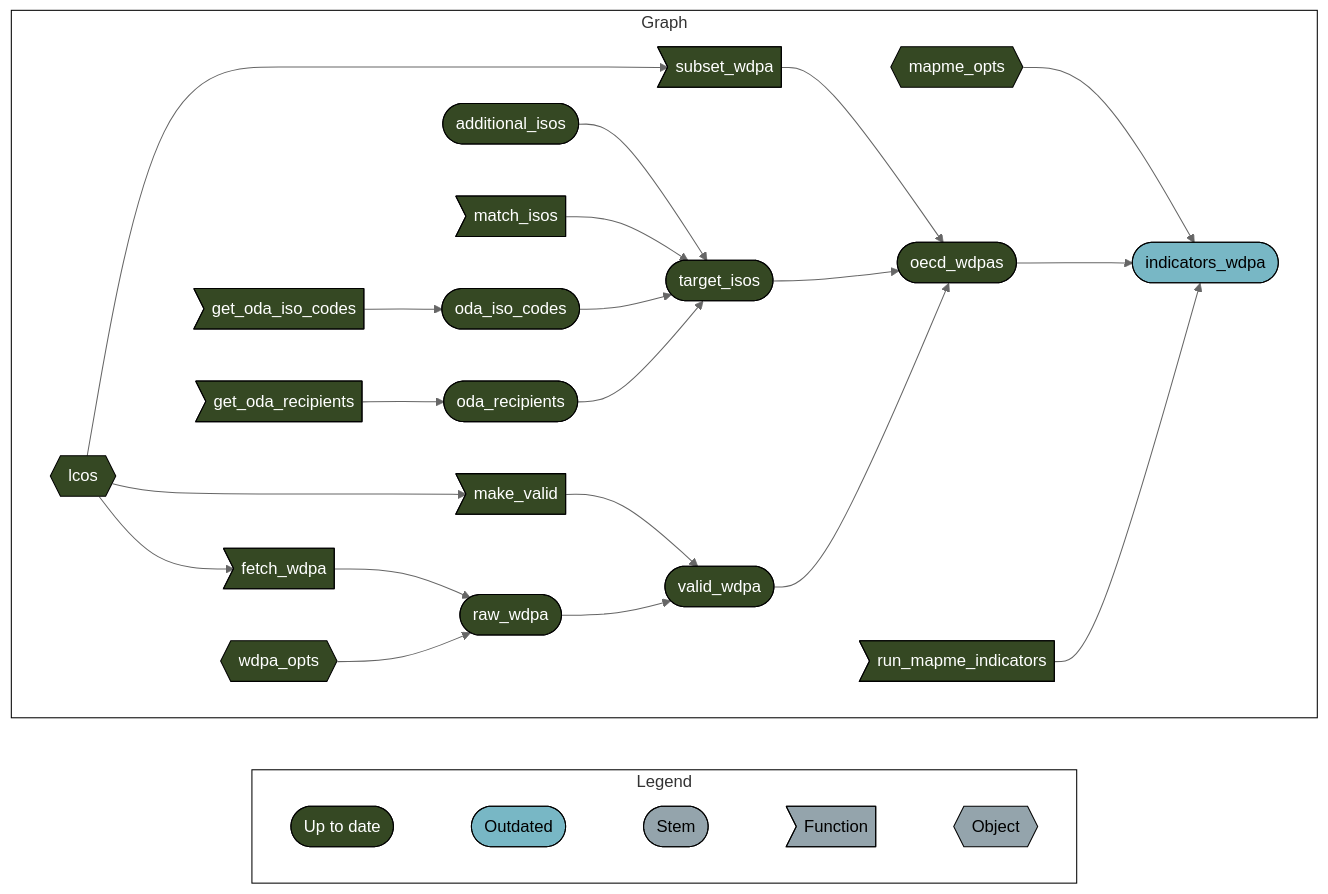
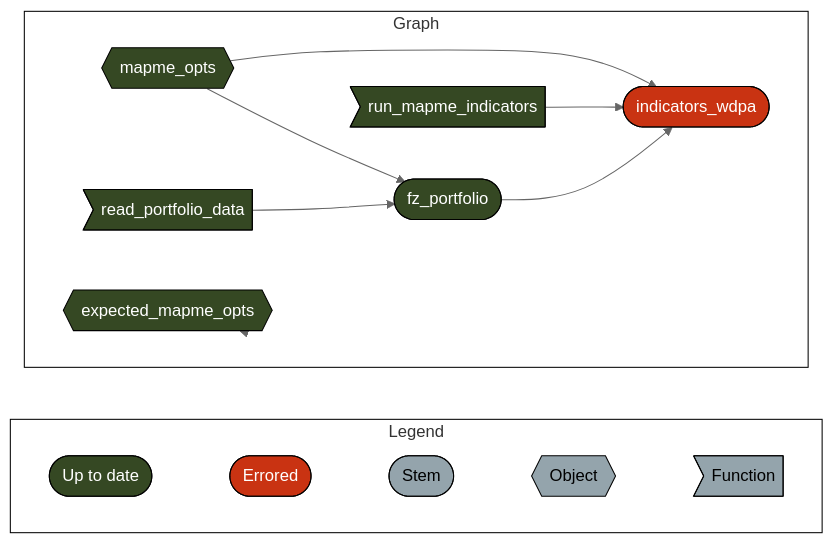
One commit to mapme-initiative/oda-portfolio changed the diagram in README.md. Above: the diagram before and after it, drawn with Mermaid (neutral theme). The commit also changed other lines of this file and 10 other files, not shown here.

````diff
--- a/README.md
+++ b/README.md
@@ -17,41 +19,29 @@
 ``` mermaid
 graph LR
   style Legend fill:#FFFFFF00,stroke:#000000;
   style Graph fill:#FFFFFF00,stroke:#000000;
   subgraph Legend
     direction LR
-    x7420bd9270f8d27d([""Up to date""]):::uptodate --- x0a52b03877696646([""Outdated""]):::outdated
-    x0a52b03877696646([""Outdated""]):::outdated --- xbf4603d6c2c2ad6b([""Stem""]):::none
-    xbf4603d6c2c2ad6b([""Stem""]):::none --- xf0bce276fe2b9d3e>""Function""]:::none
-    xf0bce276fe2b9d3e>""Function""]:::none --- x5bffbffeae195fc9{{""Object""}}:::none
+    xf1522833a4d242c5([""Up to date""]):::uptodate --- xb3df25f36846e314([""Errored""]):::errored
+    xb3df25f36846e314([""Errored""]):::errored --- xd03d7c7dd2ddda2b([""Stem""]):::none
+    xd03d7c7dd2ddda2b([""Stem""]):::none --- xbecb13963f49e50b{{""Object""}}:::none
+    xbecb13963f49e50b{{""Object""}}:::none --- xeb2d7cac8a1ce544>""Function""]:::none
   end
   subgraph Graph
     direction LR
-    xcc7ed83343bdf8a1{{"lcos"}}:::uptodate --> x8856b6f5990a3ba8>"fetch_wdpa"]:::uptodate
-    xcc7ed83343bdf8a1{{"lcos"}}:::uptodate --> x9d822cf0f859ce50>"make_valid"]:::uptodate
-    xcc7ed83343bdf8a1{{"lcos"}}:::uptodate --> xbd265a4b9d1db63c>"subset_wdpa"]:::uptodate
-    xb318f1ed264477a9{{"mapme_opts"}}:::uptodate --> xe11f8af622ddaa16(["indicators_wdpa"]):::outdated
-    xfb4ac4c02bebf8e6(["oecd_wdpas"]):::uptodate --> xe11f8af622ddaa16(["indicators_wdpa"]):::outdated
-    x895e315e834819a0>"run_mapme_indicators"]:::uptodate --> xe11f8af622ddaa16(["indicators_wdpa"]):::outdated
-    xbd265a4b9d1db63c>"subset_wdpa"]:::uptodate --> xfb4ac4c02bebf8e6(["oecd_wdpas"]):::uptodate
-    x22809eca128f81ae(["target_isos"]):::uptodate --> xfb4ac4c02bebf8e6(["oecd_wdpas"]):::uptodate
-    xec33757279ddc42f(["valid_wdpa"]):::uptodate --> xfb4ac4c02bebf8e6(["oecd_wdpas"]):::uptodate
-    x9d822cf0f859ce50>"make_valid"]:::uptodate --> xec33757279ddc42f(["valid_wdpa"]):::uptodate
-    x6b39f6574778e7d1(["raw_wdpa"]):::uptodate --> xec33757279ddc42f(["valid_wdpa"]):::uptodate
-    x319e910a6aad0021>"get_oda_recipients"]:::uptodate --> x3fdd82fbb50aeb4a(["oda_recipients"]):::uptodate
-    x62b530d25a77493e(["additional_isos"]):::uptodate --> x22809eca128f81ae(["target_isos"]):::uptodate
-    xa4155ee3dee9a125>"match_isos"]:::uptodate --> x22809eca128f81ae(["target_isos"]):::uptodate
-    x219e90e900a739ff(["oda_iso_codes"]):::uptodate --> x22809eca128f81ae(["target_isos"]):::uptodate
-    x3fdd82fbb50aeb4a(["oda_recipients"]):::uptodate --> x22809eca128f81ae(["target_isos"]):::uptodate
-    x8856b6f5990a3ba8>"fetch_wdpa"]:::uptodate --> x6b39f6574778e7d1(["raw_wdpa"]):::uptodate
-    xe996beafd3492a40{{"wdpa_opts"}}:::uptodate --> x6b39f6574778e7d1(["raw_wdpa"]):::uptodate
-    x3e3995729419150e>"get_oda_iso_codes"]:::uptodate --> x219e90e900a739ff(["oda_iso_codes"]):::uptodate
+    xdab47f56eb6391e1(["fz_portfolio"]):::uptodate --> x9618f2e9856d1918(["indicators_wdpa"]):::errored
+    x04d189518bd5d6b0{{"mapme_opts"}}:::uptodate --> x9618f2e9856d1918(["indicators_wdpa"]):::errored
+    x976d8a71b32c2f2b>"run_mapme_indicators"]:::uptodate --> x9618f2e9856d1918(["indicators_wdpa"]):::errored
+    x04d189518bd5d6b0{{"mapme_opts"}}:::uptodate --> xdab47f56eb6391e1(["fz_portfolio"]):::uptodate
+    xa103919beeeaa1d5>"read_portfolio_data"]:::uptodate --> xdab47f56eb6391e1(["fz_portfolio"]):::uptodate
+    x016a9b304ce9de80{{"expected_mapme_opts"}}:::uptodate --> x016a9b304ce9de80{{"expected_mapme_opts"}}:::uptodate
   end
   classDef uptodate stroke:#000000,color:#ffffff,fill:#354823;
-  classDef outdated stroke:#000000,color:#000000,fill:#78B7C5;
+  classDef errored stroke:#000000,color:#ffffff,fill:#C93312;
   classDef none stroke:#000000,color:#000000,fill:#94a4ac;
   linkStyle 0 stroke-width:0px;
   linkStyle 1 stroke-width:0px;
   linkStyle 2 stroke-width:0px;
   linkStyle 3 stroke-width:0px;
+  linkStyle 9 stroke-width:0px;
 ```
````
